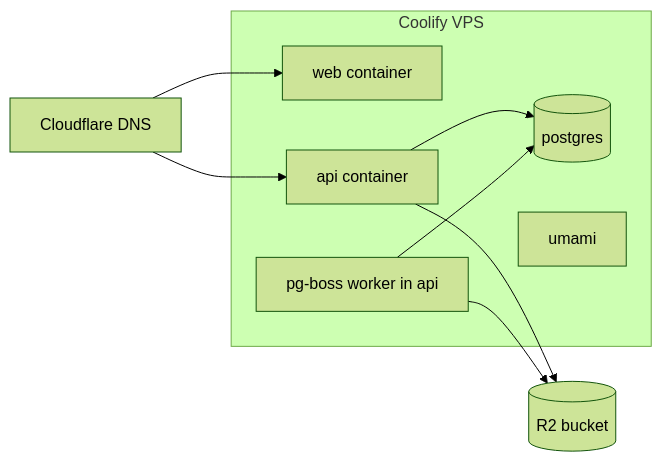
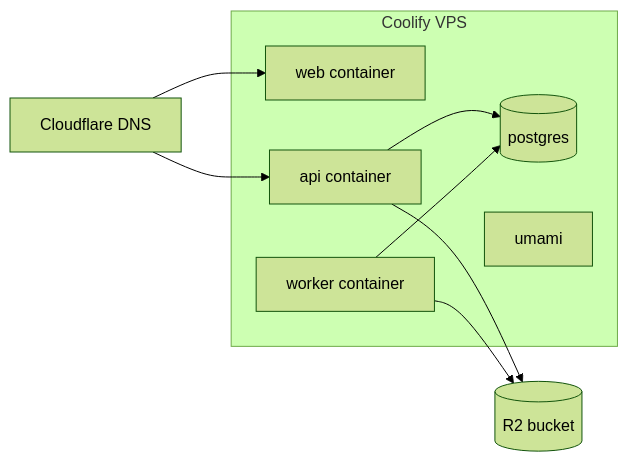
The second of 2 diagrams in _bmad-output/planning-artifacts/architecture/architecture-usetagih-2026-07-20/ARCHITECTURE-SPINE.md (Milkywayrules/usetagih), drawn with Mermaid (forest theme) before and after one commit. The commit also changed other lines of this file and 2 other files, not shown here.

First line of the commit message:
docs: harden architecture for determinism, security, and deploy

````diff
--- a/_bmad-output/planning-artifacts/architecture/architecture-usetagih-2026-07-20/ARCHITECTURE-SPINE.md
+++ b/_bmad-output/planning-artifacts/architecture/architecture-usetagih-2026-07-20/ARCHITECTURE-SPINE.md
@@ -198,18 +202,18 @@
 ```mermaid
 flowchart LR
   subgraph deploy [Coolify VPS]
     WEB_C[web container]
     API_C[api container]
-    WORKER[pg-boss worker in api]
+    WORKER_C[worker container]
     PG_C[(postgres)]
     UMAMI[umami]
   end
   CF[Cloudflare DNS]
   R2[(R2 bucket)]
   CF --> WEB_C
   CF --> API_C
   API_C --> PG_C
-  WORKER --> PG_C
+  WORKER_C --> PG_C
   API_C --> R2
-  WORKER --> R2
+  WORKER_C --> R2
 ```
````
